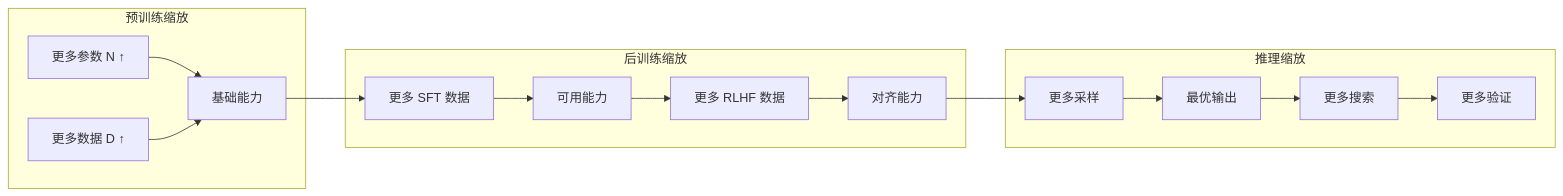
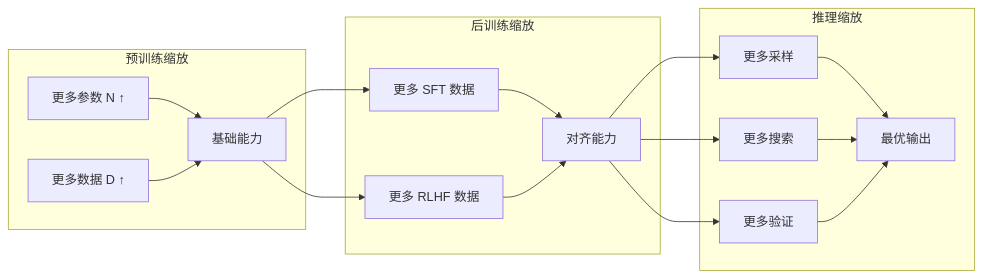
The third of 3 diagrams in docs/language-models/reasoning/test-time-compute.md (fenixsoft/dmla), drawn with Mermaid before and after one commit. The commit also changed other lines of this file and 68 other files, not shown here.

````diff
--- a/docs/language-models/reasoning/test-time-compute.md
+++ b/docs/language-models/reasoning/test-time-compute.md
@@ -164,22 +164,24 @@
 ```mermaid compact
 graph LR
     subgraph 预训练缩放
         P1["更多参数 N ↑"] --> P2["基础能力"]
         P3["更多数据 D ↑"] --> P2
     end
 
     subgraph 后训练缩放
-        Q1["更多 SFT 数据"] --> Q2["可用能力"]
-        Q2 --> Q3["更多 RLHF 数据"]
-        Q3 --> Q4["对齐能力"]
+        Q1["更多 SFT 数据"] --> Q2["对齐能力"]
+        Q3["更多 RLHF 数据"] --> Q2
     end
 
     subgraph 推理缩放
         R1["更多采样"] --> R2["最优输出"]
-        R2 --> R3["更多搜索"]
-        R3 --> R4["更多验证"]
+        R3["更多搜索"] --> R2
+        R4["更多验证"] --> R2
     end
 
     P2 --> Q1
-    Q4 --> R1
+    P2 --> Q3
+    Q2 --> R1
+    Q2 --> R3
+    Q2 --> R4
 ```
````
